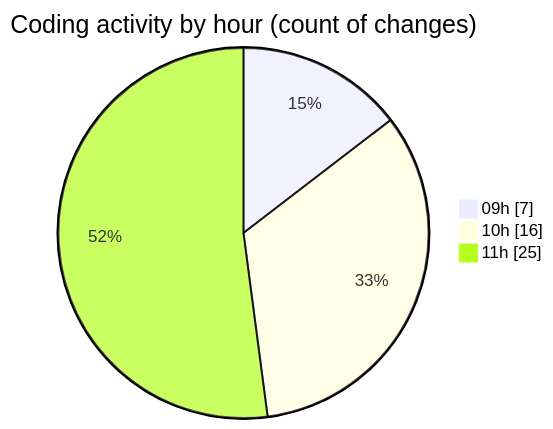
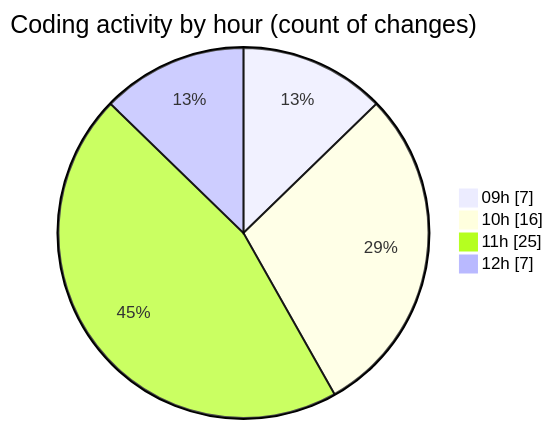
The second of 2 diagrams in 2025-02-13/cda/README.md (momahboobian/code-tracking), drawn with Mermaid before and after one commit. The commit also changed other lines of this file and 1 other file, not shown here.

````diff
--- a/2025-02-13/cda/README.md
+++ b/2025-02-13/cda/README.md
@@ -38,7 +38,8 @@
 ```mermaid
 pie showData
 title Coding activity by hour (count of changes)
 "09h" : 7
 "10h" : 16
 "11h" : 25
+"12h" : 7
 ```
````
